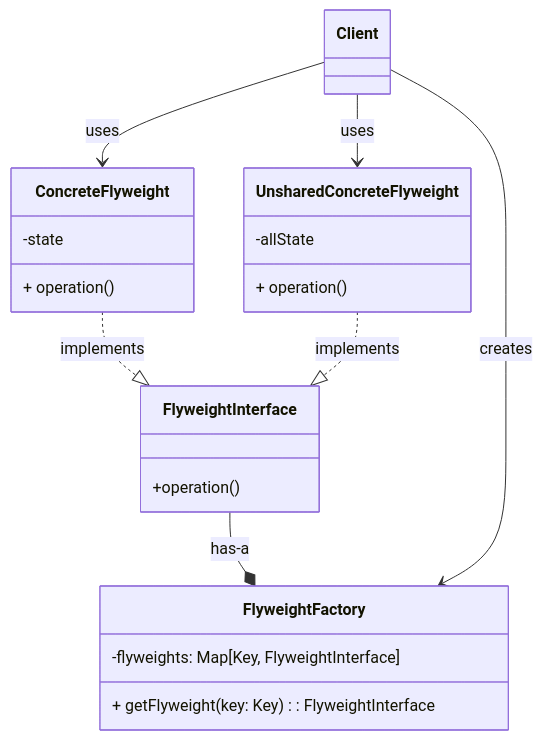
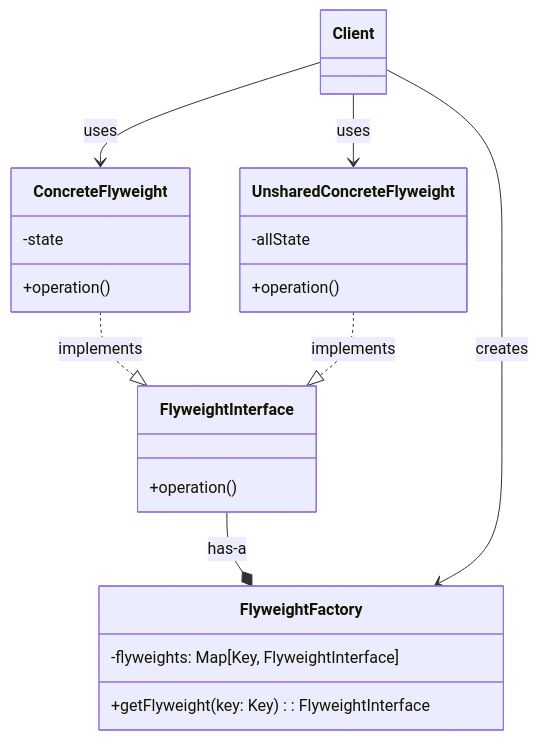
Diagram 11 of 23 in docs/education/03-design-patterns/05-gof.mdx (EliFuzz/tech-labs), drawn with Mermaid before and after one commit. The commit also changed other lines of this file and 2 other files, not shown here.

````diff
--- a/docs/education/03-design-patterns/05-gof.mdx
+++ b/docs/education/03-design-patterns/05-gof.mdx
@@ -341,25 +389,27 @@
           ```mermaid
           classDiagram
           direction TB
+
           class FlyweightFactory {
-          -flyweights: Map[Key, FlyweightInterface]
-          + getFlyweight(key: Key): FlyweightInterface
-        }
+            -flyweights: Map[Key, FlyweightInterface]
+            +getFlyweight(key: Key): FlyweightInterface
+          }
           class FlyweightInterface {
-          +operation()
-        }
+            +operation()
+          }
           class ConcreteFlyweight {
             -state
-            + operation()
-        }
+            +operation()
+          }
           class UnsharedConcreteFlyweight {
             -allState
-            + operation()
-        }
+            +operation()
+          }
+
           FlyweightInterface --* FlyweightFactory : has-a
           ConcreteFlyweight ..|> FlyweightInterface : implements
           UnsharedConcreteFlyweight..|> FlyweightInterface : implements
           Client --> FlyweightFactory : creates
           Client --> ConcreteFlyweight : uses
           Client --> UnsharedConcreteFlyweight : uses
           ```
````
